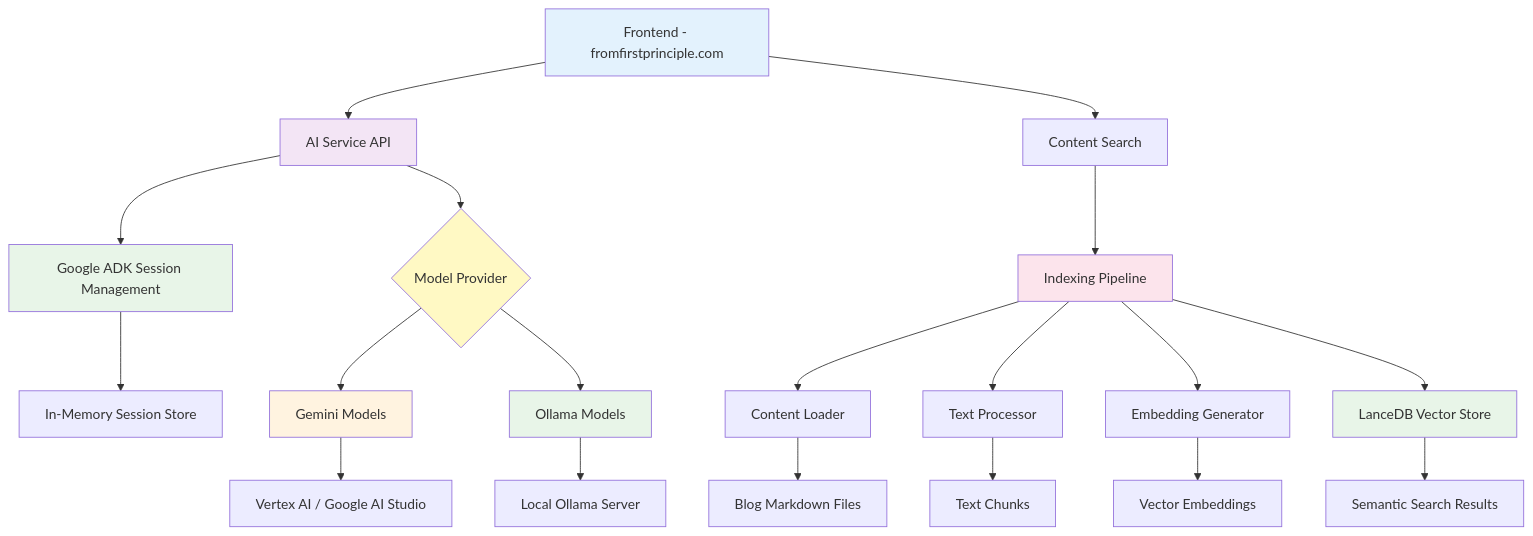
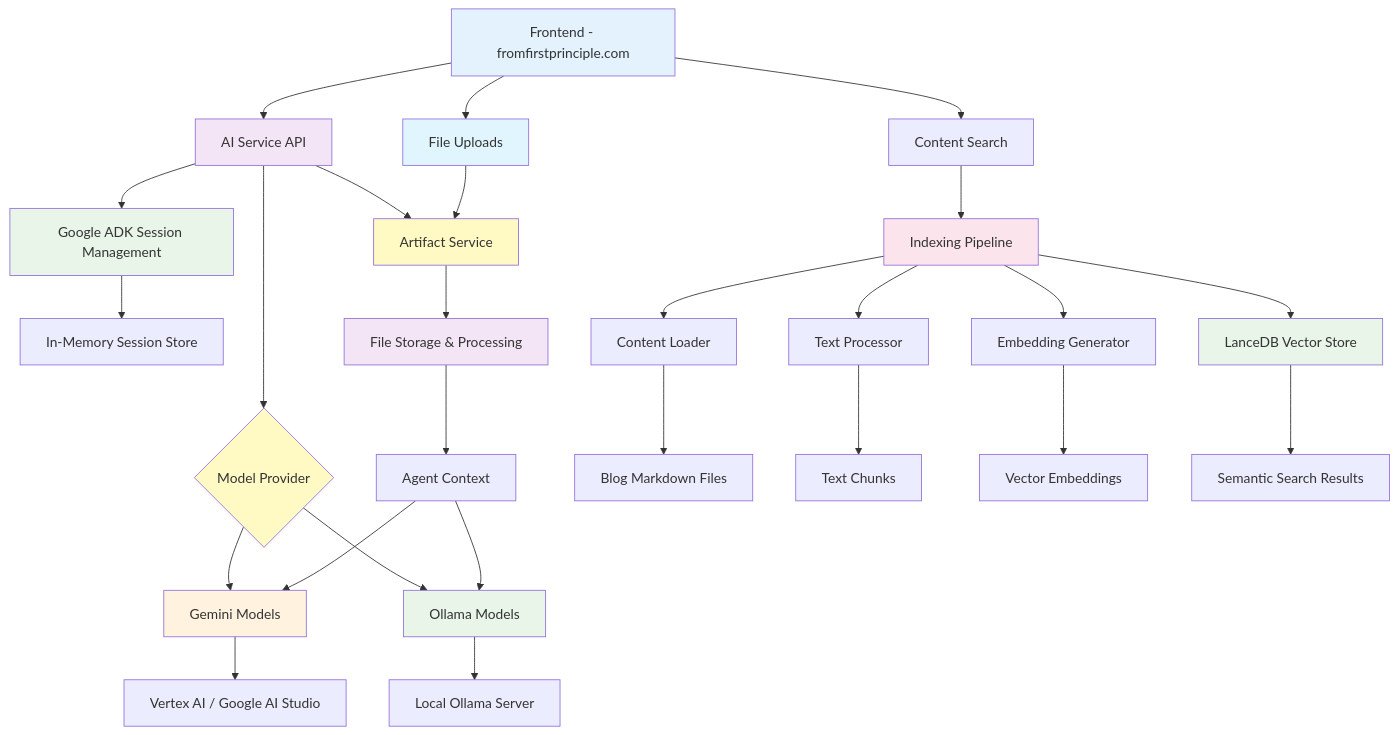
Before and after one commit to justmeloic/from-first-principles: the diagram in services/ai/README.md, drawn with Mermaid. The commit also changed other lines of this file, not shown here.

First line of the commit message:
docs(ai): comprehensive file upload and artifact service documentation

````diff
--- a/services/ai/README.md
+++ b/services/ai/README.md
@@ -43,33 +44,44 @@
 ```mermaid
 graph TD
     A[Frontend - fromfirstprinciple.com] --> B[AI Service API]
     A --> K[Content Search]
 
     B --> C[Google ADK Session Management]
+    B --> AF[Artifact Service]
     B --> D{Model Provider}
     C --> E[In-Memory Session Store]
+    AF --> AS[File Storage & Processing]
     D --> F[Gemini Models]
     D --> G[Ollama Models]
     F --> H[Vertex AI / Google AI Studio]
     G --> I[Local Ollama Server]
+
+    A --> FU[File Uploads]
+    FU --> AF
+    AS --> AG[Agent Context]
+    AG --> F
+    AG --> G
 
     K --> L[Indexing Pipeline]
     L --> M[Content Loader]
     L --> N[Text Processor]
     L --> O[Embedding Generator]
     L --> P[LanceDB Vector Store]
 
     M --> Q[Blog Markdown Files]
     N --> R[Text Chunks]
     O --> S[Vector Embeddings]
     P --> T[Semantic Search Results]
 
     style A fill:#e3f2fd
     style B fill:#f3e5f5
     style C fill:#e8f5e8
+    style AF fill:#fff9c4
     style D fill:#fff9c4
     style F fill:#fff3e0
     style G fill:#e8f5e8
     style L fill:#fce4ec
     style P fill:#e8f5e8
+    style FU fill:#e1f5fe
+    style AS fill:#f3e5f5
 ```
````
